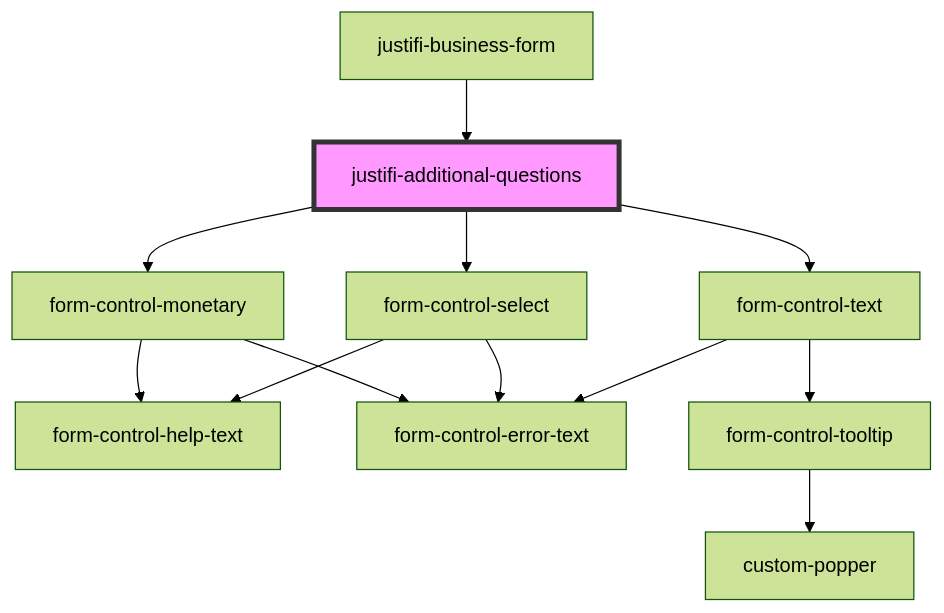
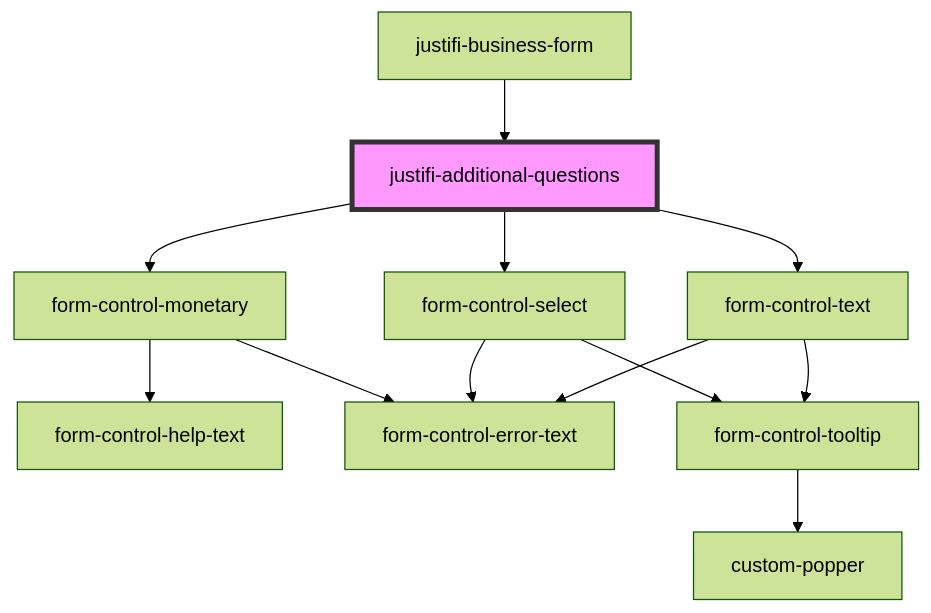
Before and after one commit to justifi-tech/web-component-library: the diagram in packages/webcomponents/src/components/business-forms/business-form/additional-questions/readme.md, drawn with Mermaid (forest theme). The commit also changed 15 other files, not shown here.

Commit message:
Remove semi-colon from tooltip text, update readme files

````diff
--- a/packages/webcomponents/src/components/business-forms/business-form/additional-questions/readme.md
+++ b/packages/webcomponents/src/components/business-forms/business-form/additional-questions/readme.md
@@ -28,15 +28,15 @@
 ```mermaid
 graph TD;
   justifi-additional-questions --> form-control-monetary
   justifi-additional-questions --> form-control-select
   justifi-additional-questions --> form-control-text
   form-control-monetary --> form-control-help-text
   form-control-monetary --> form-control-error-text
-  form-control-select --> form-control-help-text
+  form-control-select --> form-control-tooltip
   form-control-select --> form-control-error-text
+  form-control-tooltip --> custom-popper
   form-control-text --> form-control-tooltip
   form-control-text --> form-control-error-text
-  form-control-tooltip --> custom-popper
   justifi-business-form --> justifi-additional-questions
   style justifi-additional-questions fill:#f9f,stroke:#333,stroke-width:4px
 ```
````
